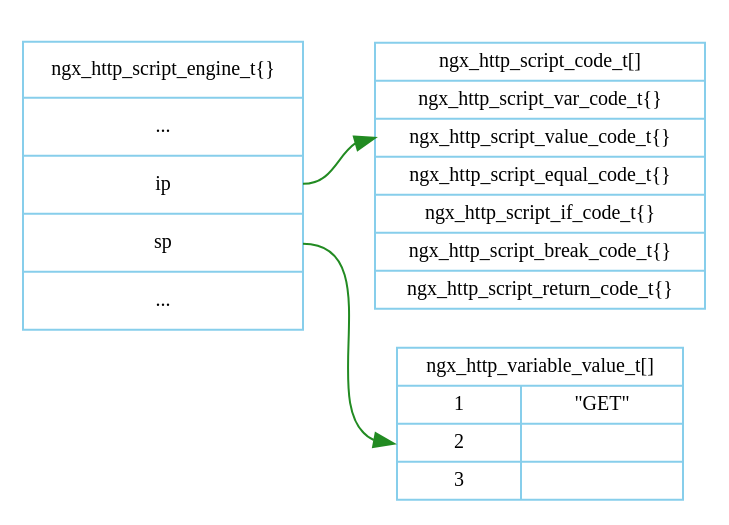
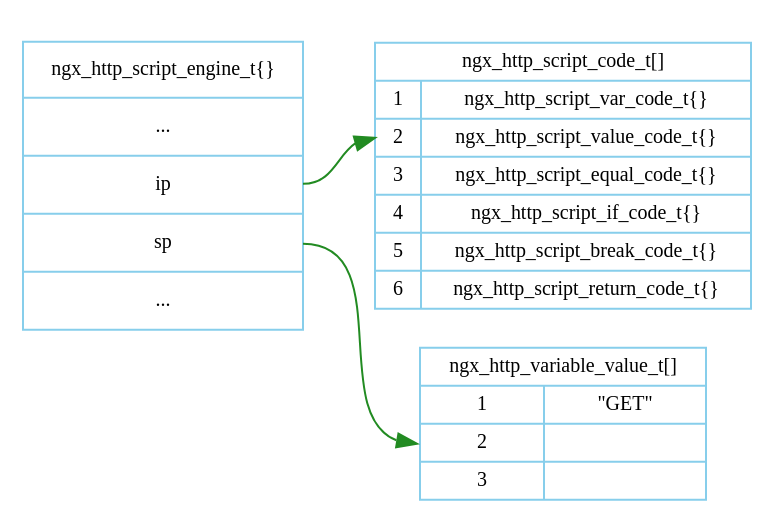
Before and after one commit to lingjf/nginx_analyse: the diagram in doc/Graph/http_variable/http_engine_evaluate1.gv, drawn with Graphviz. The commit also changed 18 other files, not shown here.

Commit message:
update graphics for script engine

```diff
--- a/doc/Graph/http_variable/http_engine_evaluate1.gv
+++ b/doc/Graph/http_variable/http_engine_evaluate1.gv
@@ -1,22 +1,22 @@
 digraph ngx_http_engine_evaluate1 {
 
    rankdir=LR;
    node [shape=record, color=skyblue, fontname="Verdana", fontsize=10];
    edge [color=forestgreen, fontname="Verdana", fontsize=10];
    
     
 
    
    ngx_http_script_engine_t [label="<head>ngx_http_script_engine_t\{\}|...|<ip>ip|<sp>sp|...", height=2]; 
-   ngx_http_script_code_t [label="<head>ngx_http_script_code_t\[\]|<n1>ngx_http_script_var_code_t\{\}|<n2>ngx_http_script_value_code_t\{\}|<n3>ngx_http_script_equal_code_t\{\}|<n4>ngx_http_script_if_code_t\{\}|<n5>ngx_http_script_break_code_t\{\}|<n6>ngx_http_script_return_code_t\{\}"];
+   ngx_http_script_code_t [label="<head>ngx_http_script_code_t\[\]|{{<n1>1|<n2>2|<n3>3|<n4>4|<n5>5|<n6>6}|{ngx_http_script_var_code_t\{\}|ngx_http_script_value_code_t\{\}|ngx_http_script_equal_code_t\{\}|ngx_http_script_if_code_t\{\}|ngx_http_script_break_code_t\{\}|ngx_http_script_return_code_t\{\}}}"];
 
    ngx_http_script_engine_t:head:ne -> ngx_http_script_code_t:head:nw [weight=9, color=none];
 
 
    ngx_http_script_engine_t:ip -> ngx_http_script_code_t:n2;
 
    ngx_http_variable_value_t [label="<head>ngx_http_variable_value_t\[\]|{{<n1>1|<n2>2|<n3>3}|{\"GET\"||}}"];
 
    ngx_http_script_engine_t:sp -> ngx_http_variable_value_t:n2;
 
 }
```
